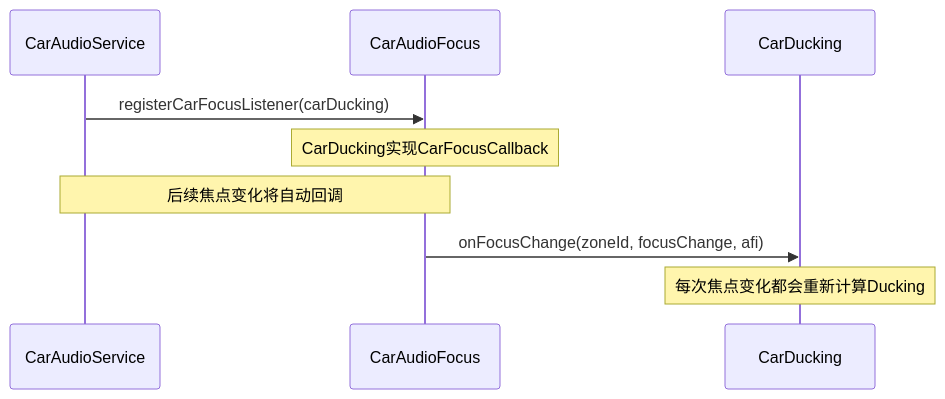
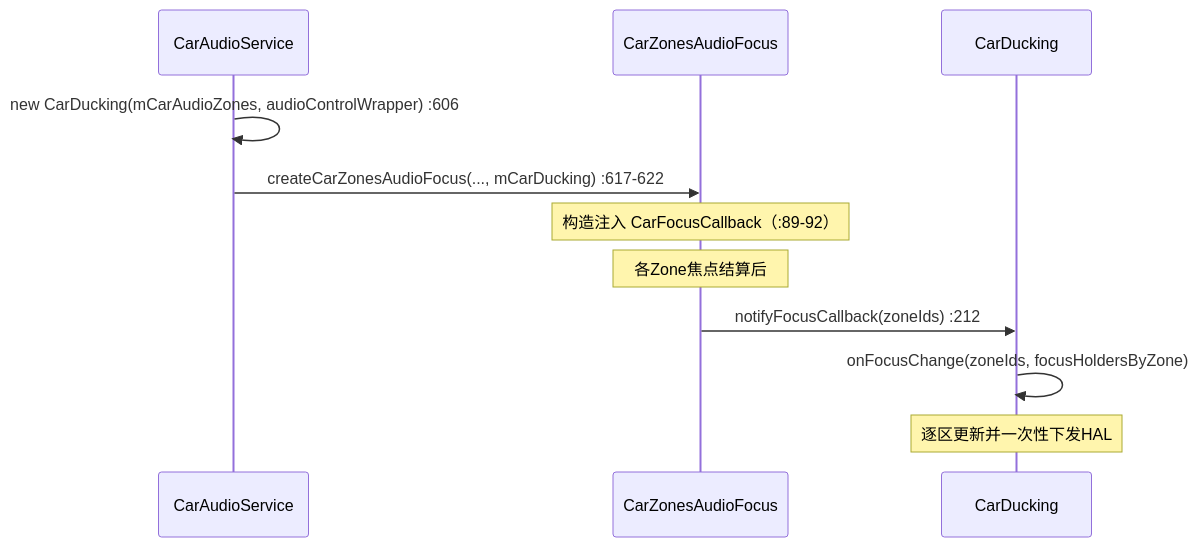
The second of 2 diagrams in 09_AAOS_Car_Audio/09_9.14_CarDucking-AAOS系统级Ducking.md (yanglinzhen1022/SA8295_AAOS_QNX_Audio_KnowledgeBase), drawn with Mermaid before and after one commit. The commit also changed other lines of this file and 16 other files, not shown here.

````diff
--- a/09_AAOS_Car_Audio/09_9.14_CarDucking-AAOS系统级Ducking.md
+++ b/09_AAOS_Car_Audio/09_9.14_CarDucking-AAOS系统级Ducking.md
@@ -217,11 +167,13 @@
 ```mermaid
 sequenceDiagram
     participant CAS as CarAudioService
-    participant CAF as CarAudioFocus
+    participant CZAF as CarZonesAudioFocus
     participant CD as CarDucking
-    CAS->>CAF: registerCarFocusListener(carDucking)
-    Note over CAF: CarDucking实现CarFocusCallback
-    Note over CAF,CAS: 后续焦点变化将自动回调
-    CAF->>CD: onFocusChange(zoneId, focusChange, afi)
-    Note over CD: 每次焦点变化都会重新计算Ducking
+    CAS->>CAS: new CarDucking(mCarAudioZones, audioControlWrapper) :606
+    CAS->>CZAF: createCarZonesAudioFocus(..., mCarDucking) :617-622
+    Note over CZAF: 构造注入 CarFocusCallback（:89-92）
+    Note over CZAF: 各Zone焦点结算后
+    CZAF->>CD: notifyFocusCallback(zoneIds) :212
+    CD->>CD: onFocusChange(zoneIds, focusHoldersByZone)
+    Note over CD: 逐区更新并一次性下发HAL
 ```
````
